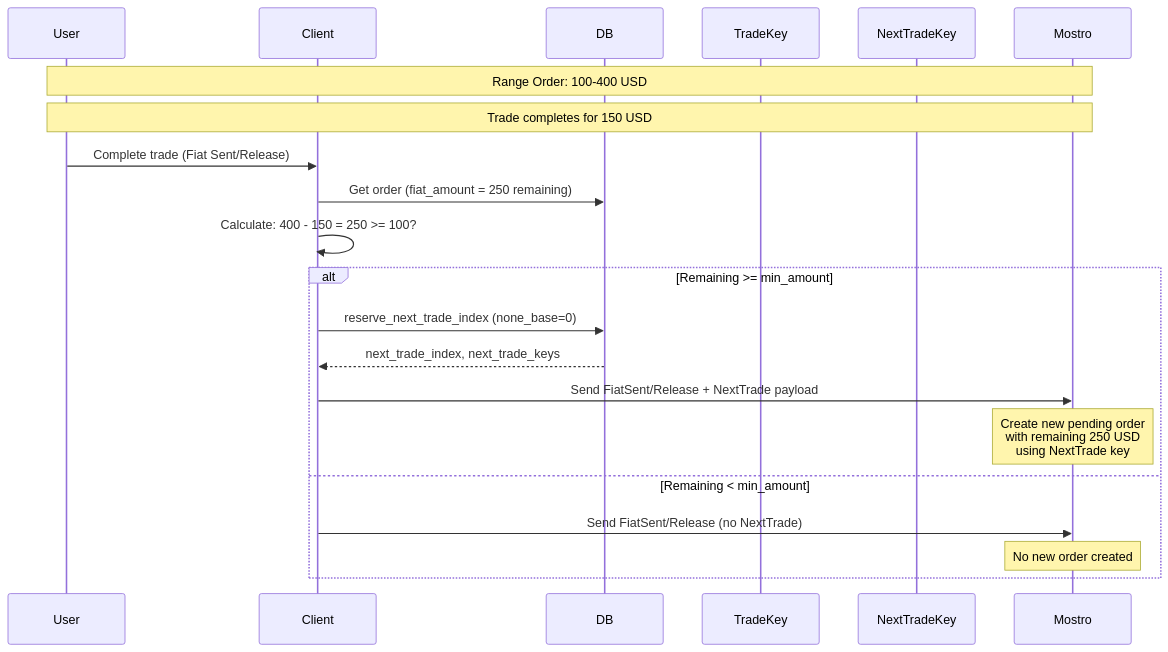
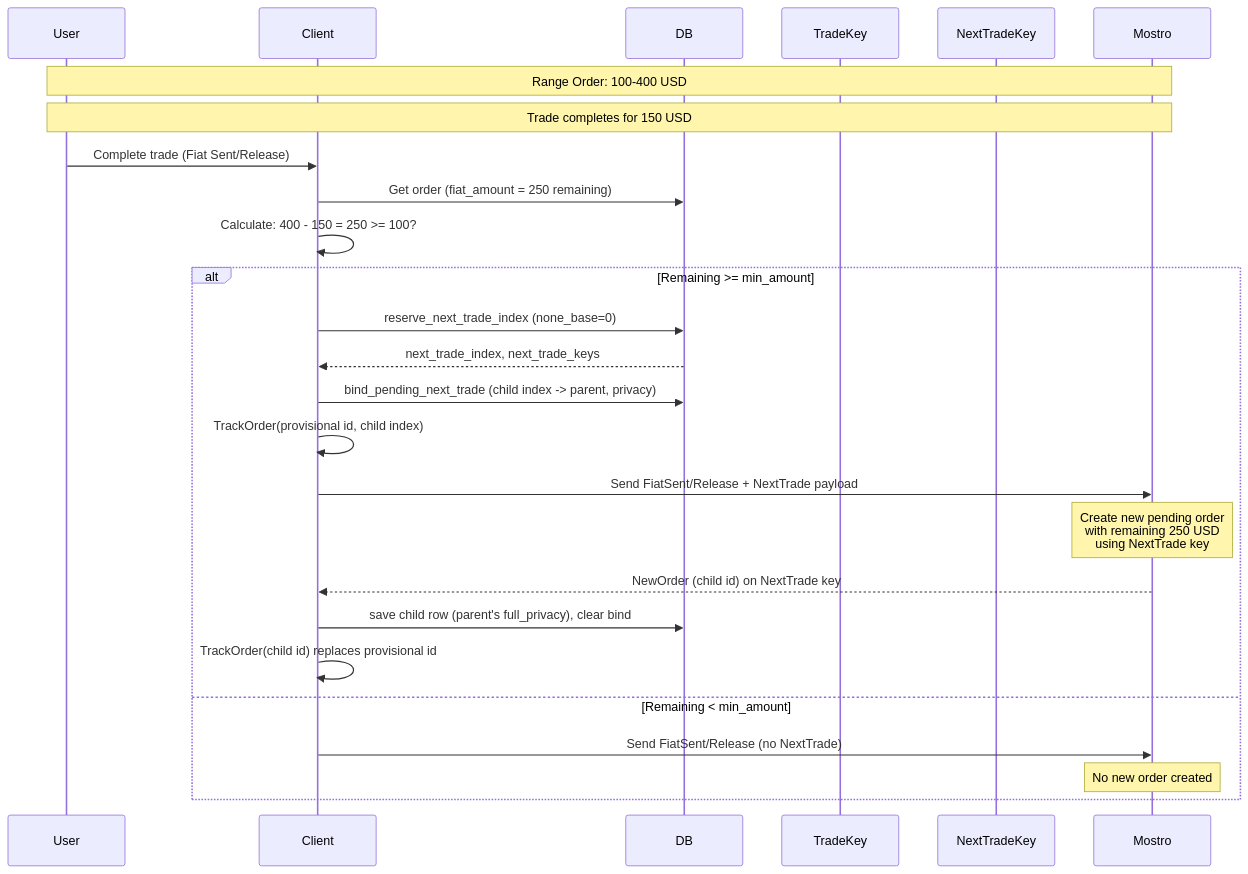
Before and after one commit to MostroP2P/mostrix: the diagram in docs/RANGE_ORDERS.md, drawn with Mermaid. The commit also changed other lines of this file and 4 other files, not shown here.

Commit message:
docs: align range-child binding, early subscribe, id handoff and fail-closed save

````diff
--- a/docs/RANGE_ORDERS.md
+++ b/docs/RANGE_ORDERS.md
@@ -52,24 +65,29 @@
 ```mermaid
 sequenceDiagram
     participant User
     participant Client
     participant DB
     participant TradeKey
     participant NextTradeKey
     participant Mostro
 
     Note over User,Mostro: Range Order: 100-400 USD
     Note over User,Mostro: Trade completes for 150 USD
     User->>Client: Complete trade (Fiat Sent/Release)
     Client->>DB: Get order (fiat_amount = 250 remaining)
     Client->>Client: Calculate: 400 - 150 = 250 >= 100?
     alt Remaining >= min_amount
         Client->>DB: reserve_next_trade_index (none_base=0)
         DB-->>Client: next_trade_index, next_trade_keys
+        Client->>DB: bind_pending_next_trade (child index -> parent, privacy)
+        Client->>Client: TrackOrder(provisional id, child index)
         Client->>Mostro: Send FiatSent/Release + NextTrade payload
         Note over Mostro: Create new pending order<br/>with remaining 250 USD<br/>using NextTrade key
+        Mostro-->>Client: NewOrder (child id) on NextTrade key
+        Client->>DB: save child row (parent's full_privacy), clear bind
+        Client->>Client: TrackOrder(child id) replaces provisional id
     else Remaining < min_amount
         Client->>Mostro: Send FiatSent/Release (no NextTrade)
         Note over Mostro: No new order created
     end
 ```
````
